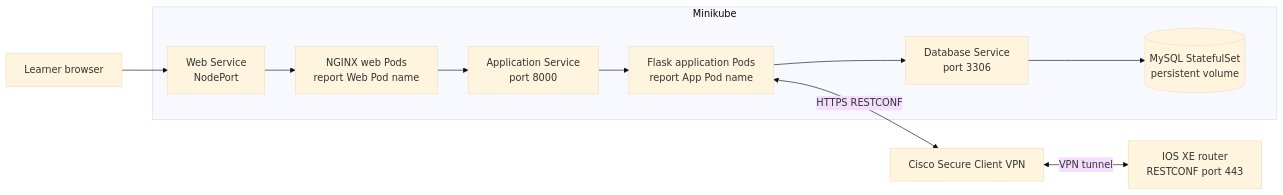
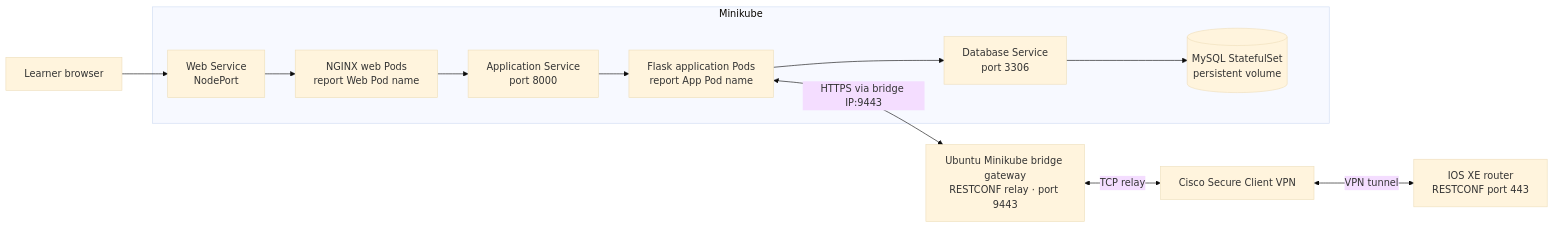
One commit to tanthanh85/devops changed the diagram in lab/Lab 04 - Deploy and Scale on Kubernetes/Lab4.md. Above: the diagram before and after it, drawn with Mermaid (base theme). The commit also changed other lines of this file, not shown here.

````diff
--- a/lab/Lab 04 - Deploy and Scale on Kubernetes/Lab4.md
+++ b/lab/Lab 04 - Deploy and Scale on Kubernetes/Lab4.md
@@ -33,26 +33,28 @@
 ```mermaid
 flowchart LR
     B["Learner browser"]
 
     subgraph K["Minikube"]
         WS["Web Service<br/>NodePort"]
         W["NGINX web Pods<br/>report Web Pod name"]
         AS["Application Service<br/>port 8000"]
         A["Flask application Pods<br/>report App Pod name"]
         DS["Database Service<br/>port 3306"]
         D[("MySQL StatefulSet<br/>persistent volume")]
 
         WS --> W
         W --> AS
         AS --> A
         A --> DS
         DS --> D
     end
 
+    G["Ubuntu Minikube bridge gateway<br/>RESTCONF relay · port 9443"]
     V["Cisco Secure Client VPN"]
     R["IOS XE router<br/>RESTCONF port 443"]
 
     B --> WS
-    A <-->|"HTTPS RESTCONF"| V
+    A <-->|"HTTPS via bridge IP:9443"| G
+    G <-->|"TCP relay"| V
     V <-->|"VPN tunnel"| R
 ```
````
